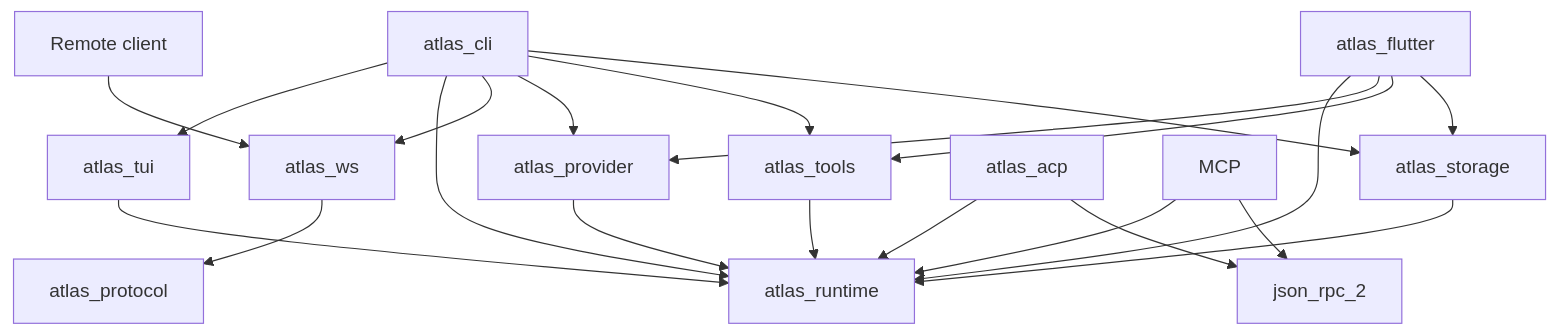
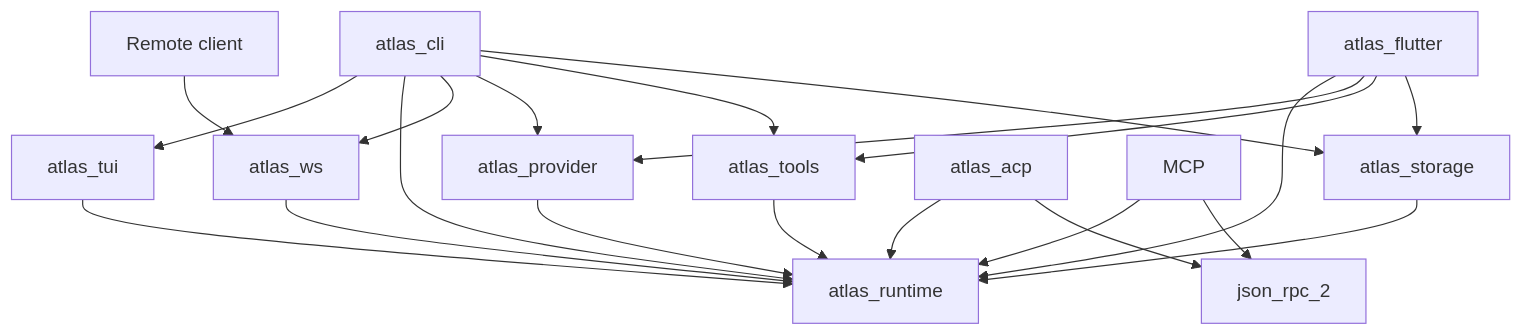
Before and after one commit to gvenusleo/Atlas: the diagram in docs/architecture.md, drawn with Mermaid. The commit also changed other lines of this file and 8 other files, not shown here.

First line of the commit message:
refactor!: fold remote protocol into atlas_ws

````diff
--- a/docs/architecture.md
+++ b/docs/architecture.md
@@ -13,23 +13,23 @@
 ```mermaid
 graph TD
     CLI[atlas_cli] --> TUI[atlas_tui]
     CLI --> RT[atlas_runtime]
     CLI --> WS[atlas_ws]
     CLI --> PROVIDER[atlas_provider]
     CLI --> TOOLS[atlas_tools]
     CLI --> STORAGE[atlas_storage]
     FL[atlas_flutter] --> RT
     FL --> PROVIDER
     FL --> TOOLS
     FL --> STORAGE
     TUI --> RT
     REMOTE[Remote client] --> WS
-    WS --> AP[atlas_protocol]
+    WS --> RT
     ACP[atlas_acp] --> RT[atlas_runtime]
     MCP --> RT
     PROVIDER --> RT
     TOOLS --> RT
     STORAGE --> RT
     ACP --> JRPC[json_rpc_2]
     MCP --> JRPC
 ```
````
